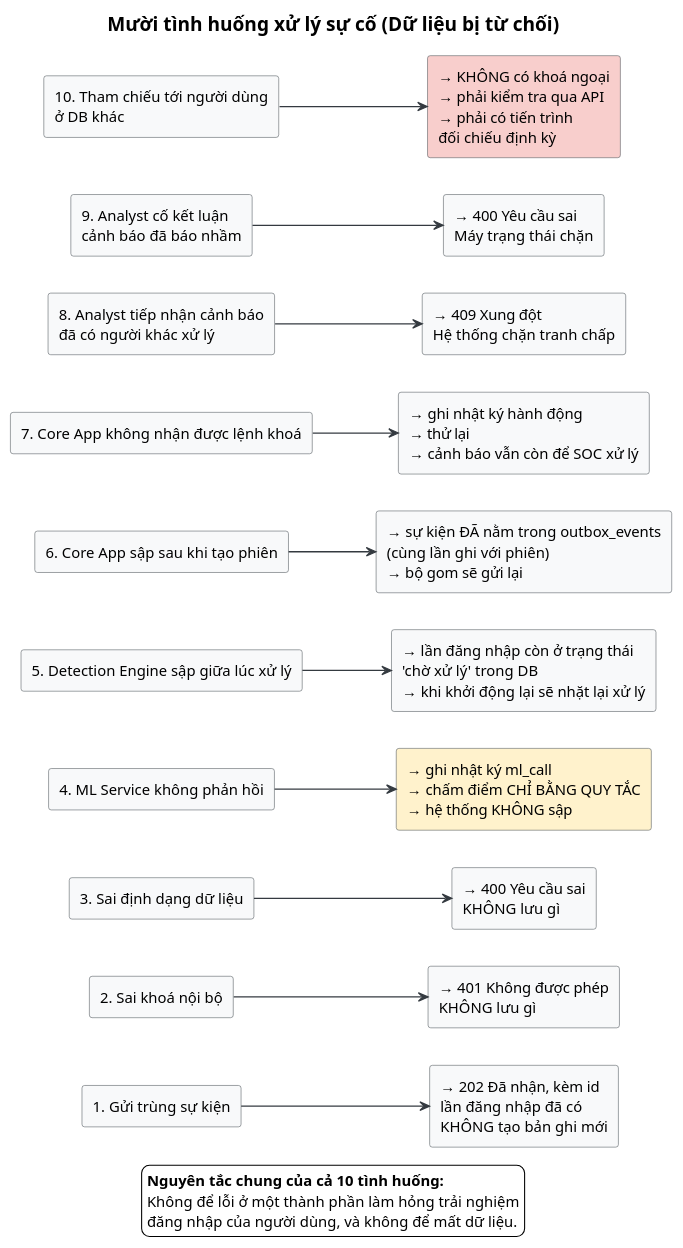
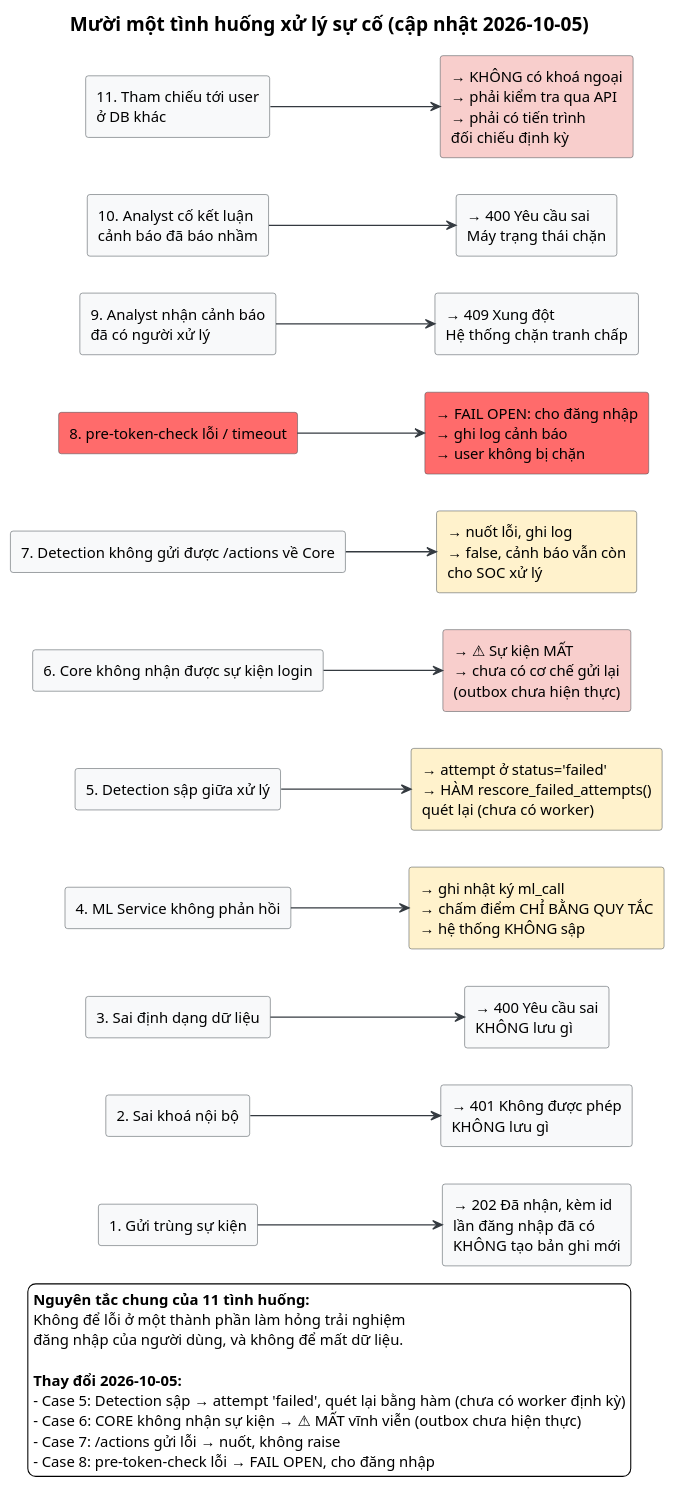
One commit to Albert-Tuan/sentinel-auth changed the diagram in docs/diagrams/v3.3-detect/10-tinh-huong-xu-ly-loi.puml. Above: the diagram before and after it, drawn with PlantUML. The commit also changed 28 other files, not shown here.

```diff
--- a/docs/diagrams/v3.3-detect/10-tinh-huong-xu-ly-loi.puml
+++ b/docs/diagrams/v3.3-detect/10-tinh-huong-xu-ly-loi.puml
@@ -1,63 +1,75 @@
 @startuml
 skinparam backgroundColor #FFFFFF
 skinparam shadowing false
 skinparam defaultFontName Sans
 skinparam rectangle {
   BackgroundColor #F8F9FA
   BorderColor #495057
 }
 skinparam ArrowColor #343A40
 skinparam ArrowThickness 1.2
 skinparam titleFontSize 18
 
-title Mười tình huống xử lý sự cố (Dữ liệu bị từ chối)
+title Mười một tình huống xử lý sự cố (cập nhật 2026-10-05)
 
 left to right direction
 
+' Row 1: 1-4
 rectangle "1. Gửi trùng sự kiện" as S1
 rectangle "→ 202 Đã nhận, kèm id\nlần đăng nhập đã có\nKHÔNG tạo bản ghi mới" as R1
 S1 --> R1
 
 rectangle "2. Sai khoá nội bộ" as S2
 rectangle "→ 401 Không được phép\nKHÔNG lưu gì" as R2
 S2 --> R2
 
 rectangle "3. Sai định dạng dữ liệu" as S3
 rectangle "→ 400 Yêu cầu sai\nKHÔNG lưu gì" as R3
 S3 --> R3
 
 rectangle "4. ML Service không phản hồi" as S4
 rectangle "→ ghi nhật ký ml_call\n→ chấm điểm CHỈ BẰNG QUY TẮC\n→ hệ thống KHÔNG sập" as R4 #FFF2CC
 S4 --> R4
 
-rectangle "5. Detection Engine sập giữa lúc xử lý" as S5
-rectangle "→ lần đăng nhập còn ở trạng thái\n'chờ xử lý' trong DB\n→ khi khởi động lại sẽ nhặt lại xử lý" as R5
+' Row 2: 5-8
+rectangle "5. Detection sập giữa xử lý" as S5
+rectangle "→ attempt ở status='failed'\n→ HÀM rescore_failed_attempts()\nquét lại (chưa có worker)" as R5 #FFF2CC
 S5 --> R5
 
-rectangle "6. Core App sập sau khi tạo phiên" as S6
-rectangle "→ sự kiện ĐÃ nằm trong outbox_events\n(cùng lần ghi với phiên)\n→ bộ gom sẽ gửi lại" as R6
+rectangle "6. Core không nhận được sự kiện login" as S6
+rectangle "→ ⚠ Sự kiện MẤT\n→ chưa có cơ chế gửi lại\n(outbox chưa hiện thực)" as R6 #F8CECC
 S6 --> R6
 
-rectangle "7. Core App không nhận được lệnh khoá" as S7
-rectangle "→ ghi nhật ký hành động\n→ thử lại\n→ cảnh báo vẫn còn để SOC xử lý" as R7
+rectangle "7. Detection không gửi được /actions về Core" as S7
+rectangle "→ nuốt lỗi, ghi log\n→ false, cảnh báo vẫn còn\ncho SOC xử lý" as R7 #FFF2CC
 S7 --> R7
 
-rectangle "8. Analyst tiếp nhận cảnh báo\nđã có người khác xử lý" as S8
-rectangle "→ 409 Xung đột\nHệ thống chặn tranh chấp" as R8
+rectangle "8. pre-token-check lỗi / timeout" as S8 #FF6B6B
+rectangle "→ FAIL OPEN: cho đăng nhập\n→ ghi log cảnh báo\n→ user không bị chặn" as R8 #FF6B6B
 S8 --> R8
 
-rectangle "9. Analyst cố kết luận\ncảnh báo đã báo nhầm" as S9
-rectangle "→ 400 Yêu cầu sai\nMáy trạng thái chặn" as R9
+' Row 3: 9-11
+rectangle "9. Analyst nhận cảnh báo\nđã có người xử lý" as S9
+rectangle "→ 409 Xung đột\nHệ thống chặn tranh chấp" as R9
 S9 --> R9
 
-rectangle "10. Tham chiếu tới người dùng\nở DB khác" as S10
-rectangle "→ KHÔNG có khoá ngoại\n→ phải kiểm tra qua API\n→ phải có tiến trình\nđối chiếu định kỳ" as R10 #F8CECC
+rectangle "10. Analyst cố kết luận\ncảnh báo đã báo nhầm" as S10
+rectangle "→ 400 Yêu cầu sai\nMáy trạng thái chặn" as R10
 S10 --> R10
 
+rectangle "11. Tham chiếu tới user\nở DB khác" as S11
+rectangle "→ KHÔNG có khoá ngoại\n→ phải kiểm tra qua API\n→ phải có tiến trình\nđối chiếu định kỳ" as R11 #F8CECC
+S11 --> R11
+
 legend bottom
-**Nguyên tắc chung của cả 10 tình huống:**
+**Nguyên tắc chung của 11 tình huống:**
 Không để lỗi ở một thành phần làm hỏng trải nghiệm
 đăng nhập của người dùng, và không để mất dữ liệu.
+
+**Thay đổi 2026-10-05:**
+- Case 5: Detection sập → attempt 'failed', quét lại bằng hàm (chưa có worker định kỳ)
+- Case 6: CORE không nhận sự kiện → ⚠ MẤT vĩnh viễn (outbox chưa hiện thực)
+- Case 7: /actions gửi lỗi → nuốt, không raise
+- Case 8: pre-token-check lỗi → FAIL OPEN, cho đăng nhập
 endlegend
-
 @enduml
```
